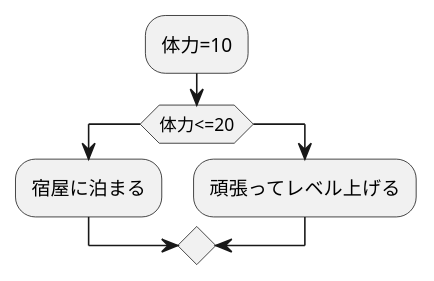
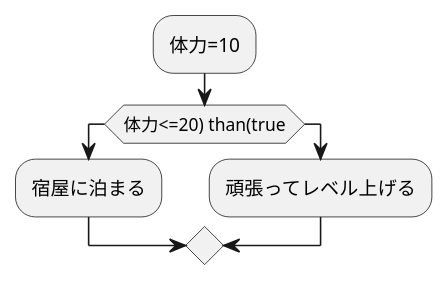
The diagram in kadai2.md (Aso2001147/2021sys-design), drawn with PlantUML before and after one commit.

````diff
--- a/kadai2.md
+++ b/kadai2.md
@@ -1,11 +1,11 @@
 ```uml
 @startuml
 
 :体力=10;
-if(体力<=20)
+if(体力<=20) than(true)
 :宿屋に泊まる;
 else
 :頑張ってレベル上げる;
 
 @enduml
 ```
````
